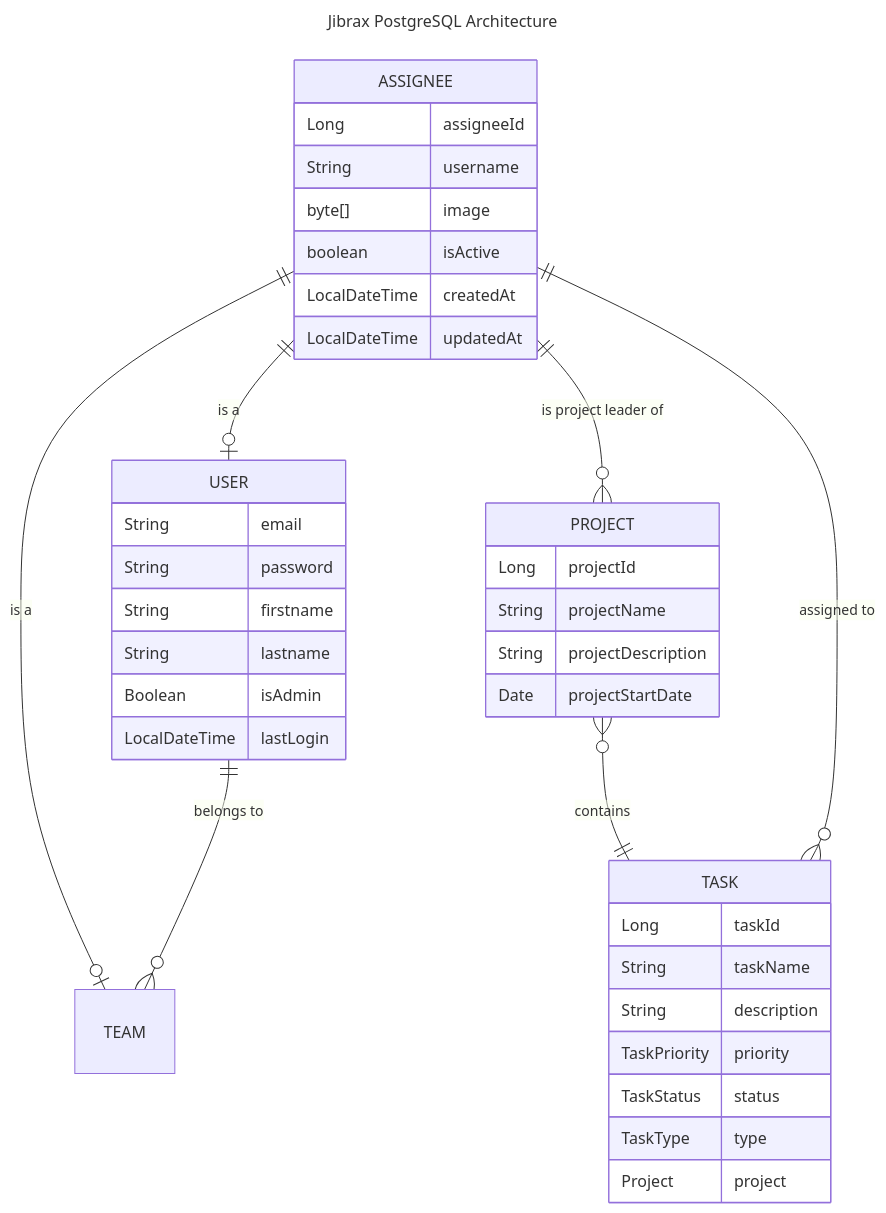
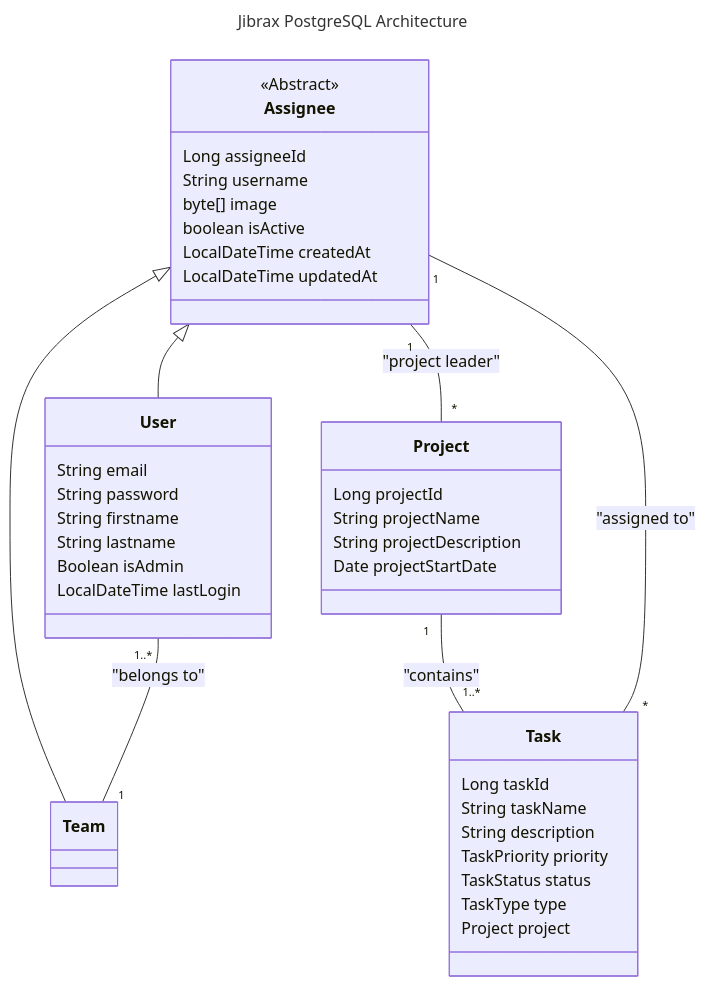
Before and after one commit to theoduluard/Jibrax-API: the diagram in README.md, drawn with Mermaid. The commit also changed other lines of this file, not shown here.

Commit message:
@doc - Update Readme with Database architecture

````diff
--- a/README.md
+++ b/README.md
@@ -33,53 +33,53 @@
 ```mermaid
 ---
 title: Jibrax PostgreSQL Architecture
 ---
-erDiagram
-    ASSIGNEE ||--o| USER : "is a"
-    ASSIGNEE ||--o| TEAM : "is a"
+classDiagram
+    Assignee <|-- User
+    Assignee <|-- Team
 
-    USER ||--o{ TEAM : "belongs to"
-    ASSIGNEE ||--o{ PROJECT : "is project leader of"
-    PROJECT }o--|| TASK : "contains"
-    TASK }o--|| ASSIGNEE : "assigned to"
+    User "1..*" -- "1" Team : "belongs to"
+    Assignee "1" -- "*" Project : "project leader"
+    Project "1" -- "1..*" Task : "contains"
+    Task "*" -- "1" Assignee : "assigned to"
     
+    class Assignee {
+        Long assigneeId
+        String username
+        byte[] image
+        boolean isActive
+        LocalDateTime createdAt
+        LocalDateTime updatedAt
+    }
 
-    PROJECT{
+    class User{
+        String email
+        String password
+        String firstname
+        String lastname
+        Boolean isAdmin
+        LocalDateTime lastLogin
+    }
+
+    class Team{
+    }
+
+    class Project{
         Long projectId
         String projectName
         String projectDescription
         Date projectStartDate
     }
     
-    TASK{
+    class Task{
         Long taskId
         String taskName
         String description
         TaskPriority priority
         TaskStatus status
         TaskType type
         Project project
     }
     
-    ASSIGNEE{
-        Long assigneeId
-        String username
-        byte[] image
-        boolean isActive
-        LocalDateTime createdAt
-        LocalDateTime updatedAt
-    }
-    
-    USER{
-        String email
-        String password
-        String firstname
-        String lastname
-        Boolean isAdmin
-        LocalDateTime lastLogin
-    }
-    
-    TEAM{
-    
-    }
+    <<Abstract>> Assignee
 ```
````
